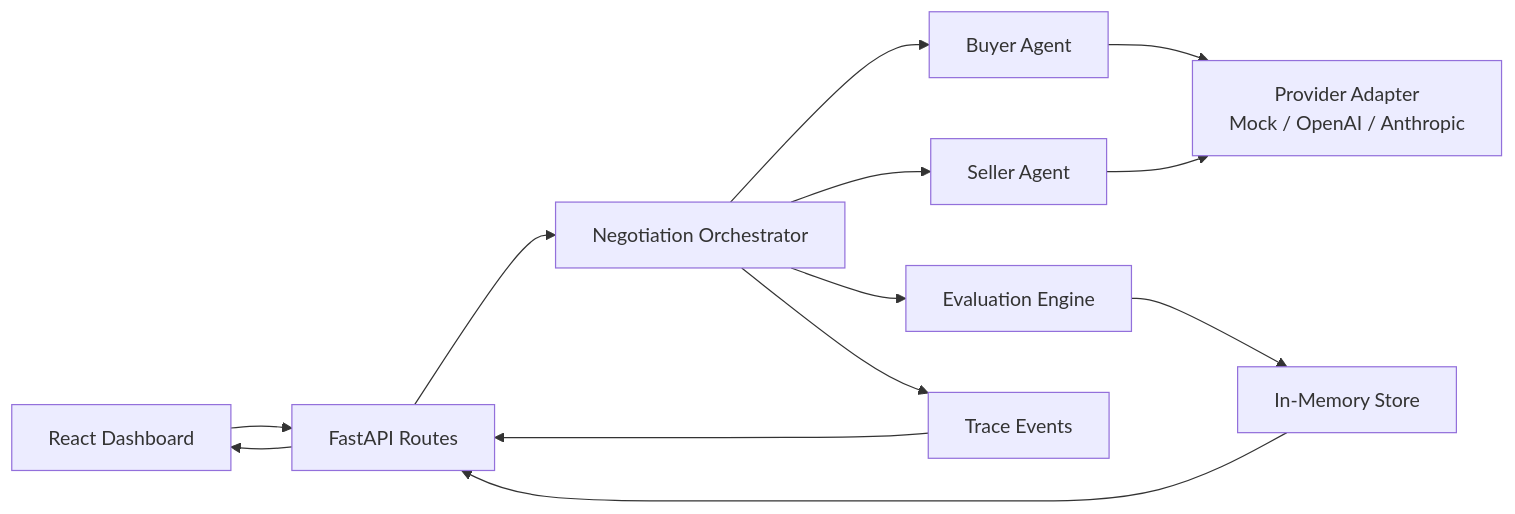
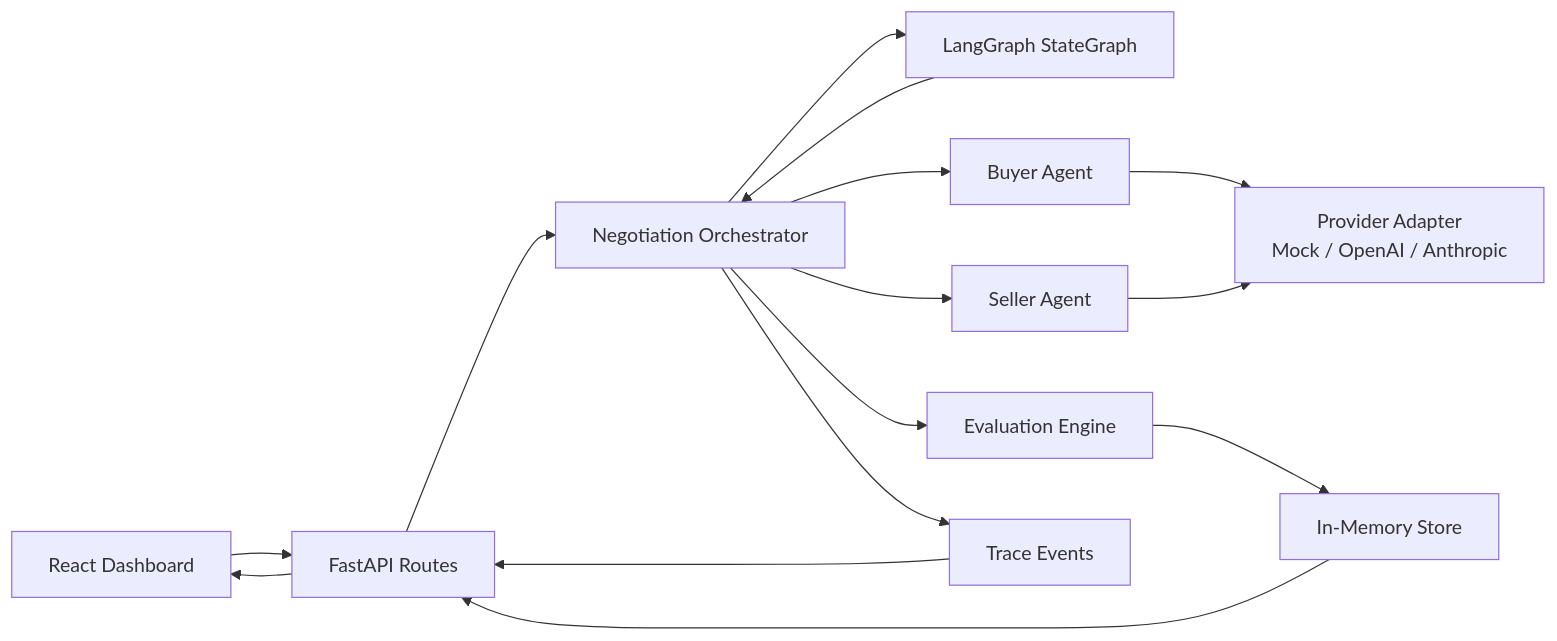
Before and after one commit to vdeeplearning/multi-agent-negotiation-sim: the diagram in README.md, drawn with Mermaid. The commit also changed other lines of this file and 5 other files, not shown here.

````diff
--- a/README.md
+++ b/README.md
@@ -47,15 +47,17 @@
 ```mermaid
 flowchart LR
   UI["React Dashboard"] --> API["FastAPI Routes"]
   API --> ORCH["Negotiation Orchestrator"]
+  ORCH --> GRAPH["LangGraph StateGraph"]
+  GRAPH --> ORCH
   ORCH --> BUYER["Buyer Agent"]
   ORCH --> SELLER["Seller Agent"]
   BUYER --> PROVIDER["Provider Adapter\nMock / OpenAI / Anthropic"]
   SELLER --> PROVIDER
   ORCH --> EVAL["Evaluation Engine"]
   EVAL --> STATE["In-Memory Store"]
   ORCH --> TRACE["Trace Events"]
   STATE --> API
   TRACE --> API
   API --> UI
 ```
````
